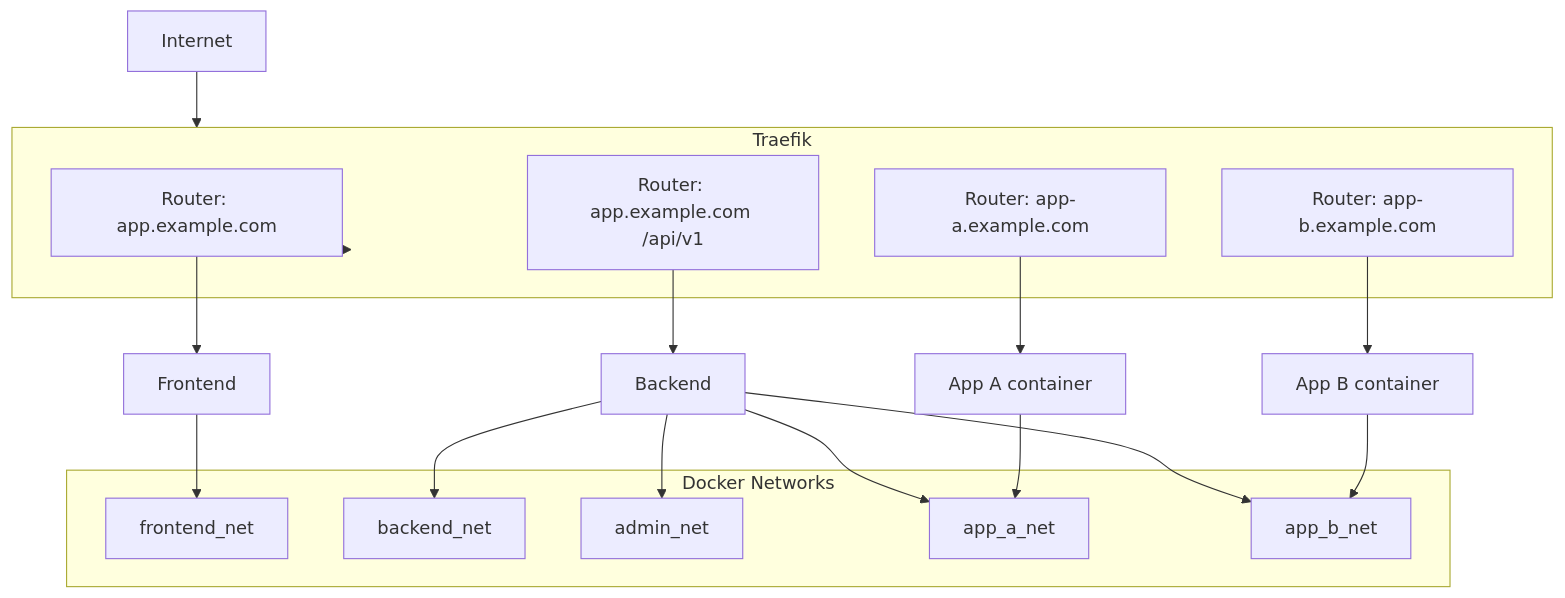
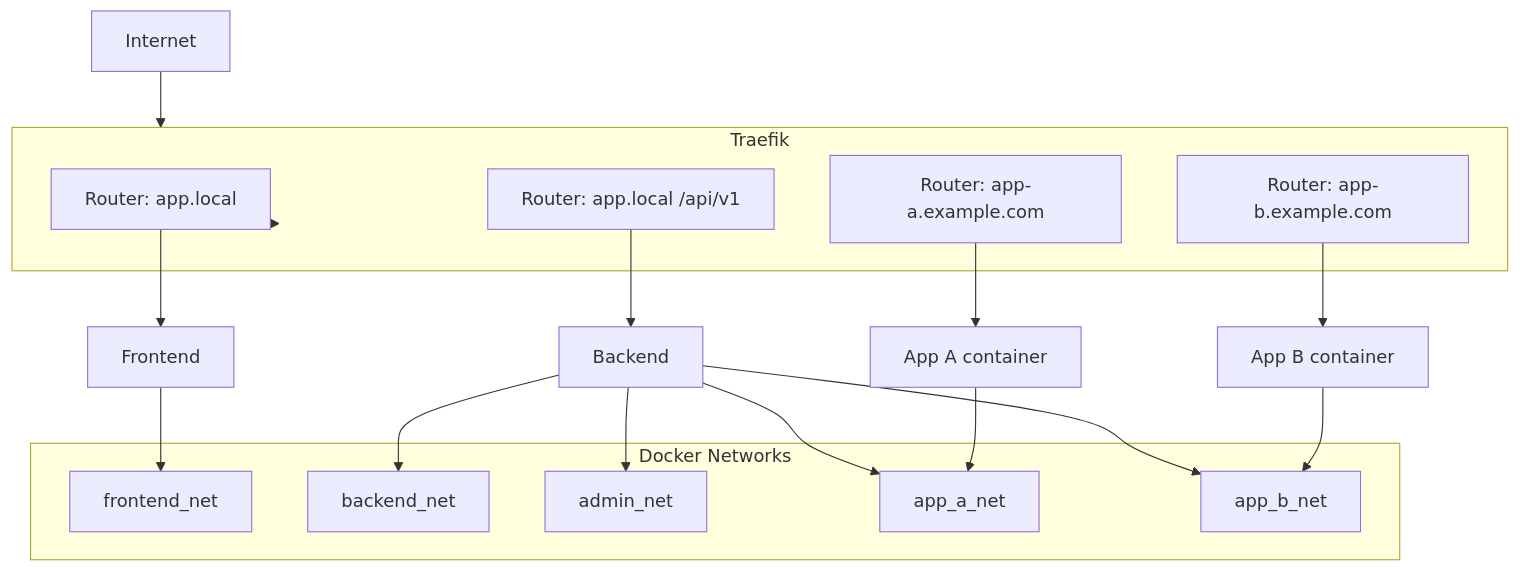
The fifth of 5 diagrams in docs/ARCHITECTURE.md (Merilairon/server-app-manager), drawn with Mermaid before and after one commit. The commit also changed 36 other files, not shown here.

````diff
--- a/docs/ARCHITECTURE.md
+++ b/docs/ARCHITECTURE.md
@@ -210,36 +210,36 @@
 ```mermaid
 graph TB
     Internet[Internet]
     Internet --> Traefik
 
     subgraph "Traefik"
-        RouterMain[Router: app.example.com]
-        RouterApi[Router: app.example.com /api/v1]
+        RouterMain[Router: app.local]
+        RouterApi[Router: app.local /api/v1]
         RouterAppA[Router: app-a.example.com]
         RouterAppB[Router: app-b.example.com]
     end
 
     Traefik --> RouterMain
     RouterMain --> Frontend
     RouterApi --> Backend
 
     subgraph "Docker Networks"
         NetFrontend[frontend_net]
         NetBackend[backend_net]
         NetAdmin[admin_net]
         NetAppA[app_a_net]
         NetAppB[app_b_net]
     end
 
     Frontend --> NetFrontend
     Backend --> NetBackend
     Backend --> NetAdmin
     Backend --> NetAppA
     Backend --> NetAppB
 
     AppA[App A container] --> NetAppA
     AppB[App B container] --> NetAppB
 
     RouterAppA --> AppA
     RouterAppB --> AppB
 ```
````
